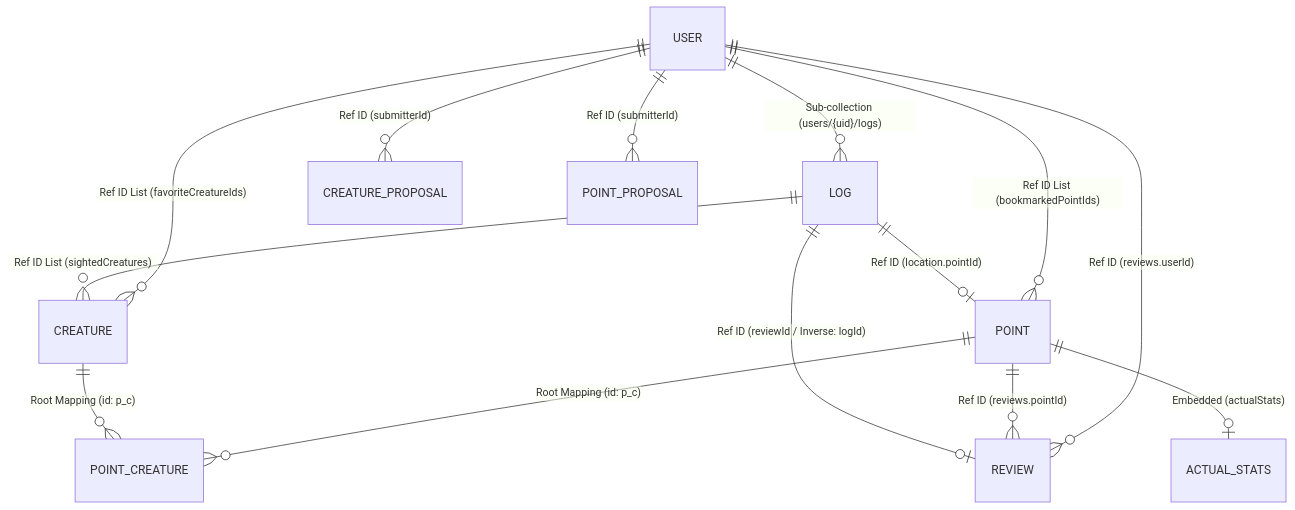
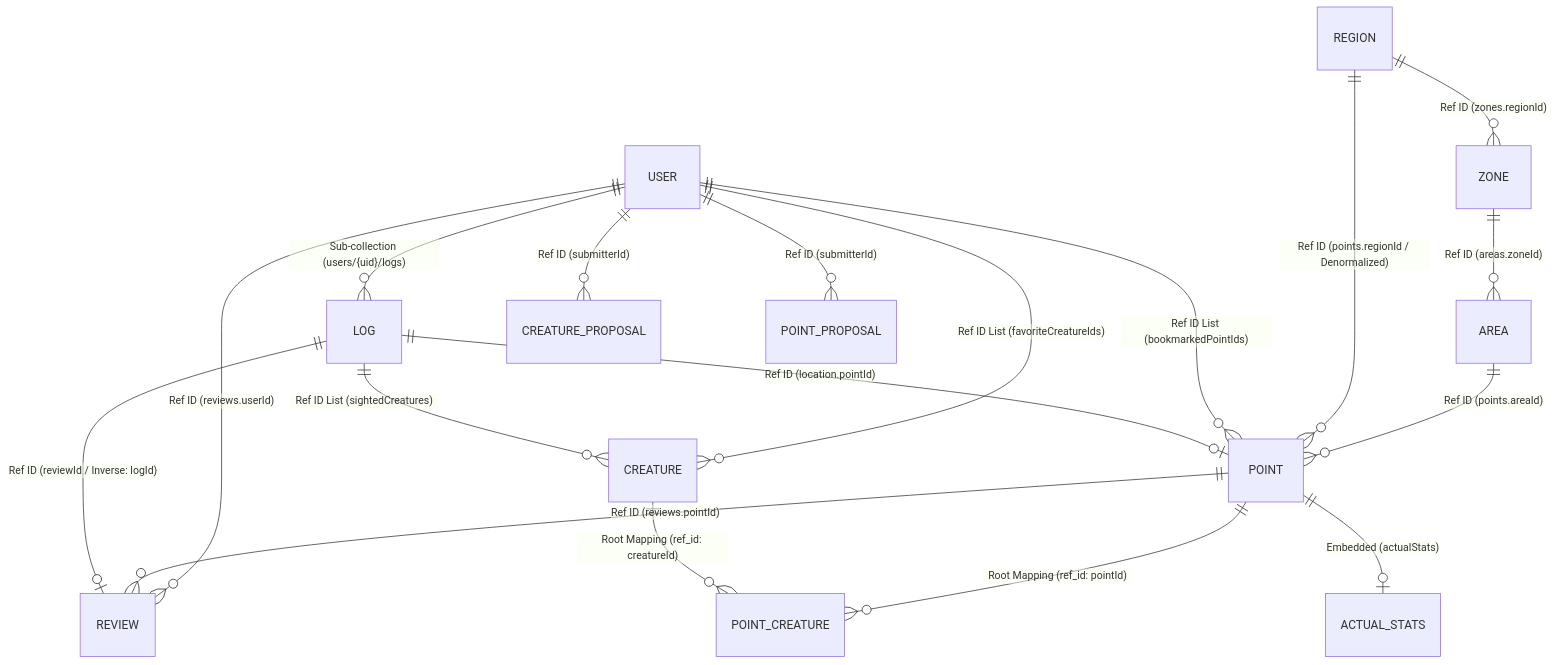
The diagram in DATABASE_DESIGN.md (cloud-solutions-ttakeuchi/wedive), drawn with Mermaid before and after one commit. The commit also changed other lines of this file, not shown here.

Commit message:
DB関連図更新

````diff
--- a/DATABASE_DESIGN.md
+++ b/DATABASE_DESIGN.md
@@ -28,28 +28,35 @@
 ```mermaid
 erDiagram
-    %% Root Collections
+    %% --- Geographical Hierarchy ---
+    REGION ||--o{ ZONE : "Ref ID (zones.regionId)"
+    ZONE ||--o{ AREA : "Ref ID (areas.zoneId)"
+    AREA ||--o{ POINT : "Ref ID (points.areaId)"
+    REGION ||--o{ POINT : "Ref ID (points.regionId / Denormalized)"
+    
+    %% --- Core Entities & User Data ---
     USER ||--o{ LOG : "Sub-collection (users/{uid}/logs)"
     USER ||--o{ REVIEW : "Ref ID (reviews.userId)"
     USER ||--o{ CREATURE : "Ref ID List (favoriteCreatureIds)"
     USER ||--o{ POINT : "Ref ID List (bookmarkedPointIds)"
     
     POINT ||--o{ REVIEW : "Ref ID (reviews.pointId)"
-    POINT ||--o{ POINT_CREATURE : "Root Mapping (id: p_c)"
+    POINT ||--o{ POINT_CREATURE : "Root Mapping (ref_id: pointId)"
     POINT ||--o| ACTUAL_STATS : "Embedded (actualStats)"
     
-    CREATURE ||--o{ POINT_CREATURE : "Root Mapping (id: p_c)"
+    CREATURE ||--o{ POINT_CREATURE : "Root Mapping (ref_id: creatureId)"
     
     LOG ||--o| POINT : "Ref ID (location.pointId)"
     LOG ||--o{ CREATURE : "Ref ID List (sightedCreatures)"
     LOG ||--o| REVIEW : "Ref ID (reviewId / Inverse: logId)"
 
-    %% Proposals (Admin)
+    %% --- Proposals (Admin) ---
     USER ||--o{ CREATURE_PROPOSAL : "Ref ID (submitterId)"
     USER ||--o{ POINT_PROPOSAL : "Ref ID (submitterId)"
 
     %% Legend
     %% Sub-collection: Physical nesting in Firestore
     %% Ref ID: Single field containing target Document ID
     %% Ref ID List: Array field containing multiple target IDs
     %% Embedded: Nested Map object inside the document
+    %% Denormalized: Data stored duplicated for query performance
 ```
````
